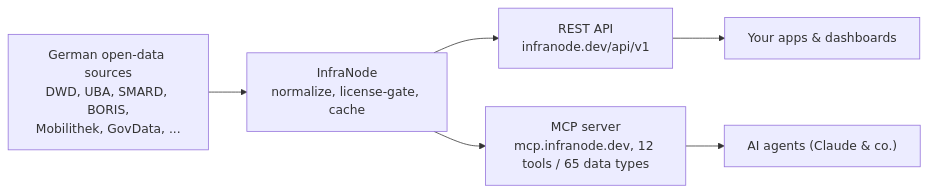
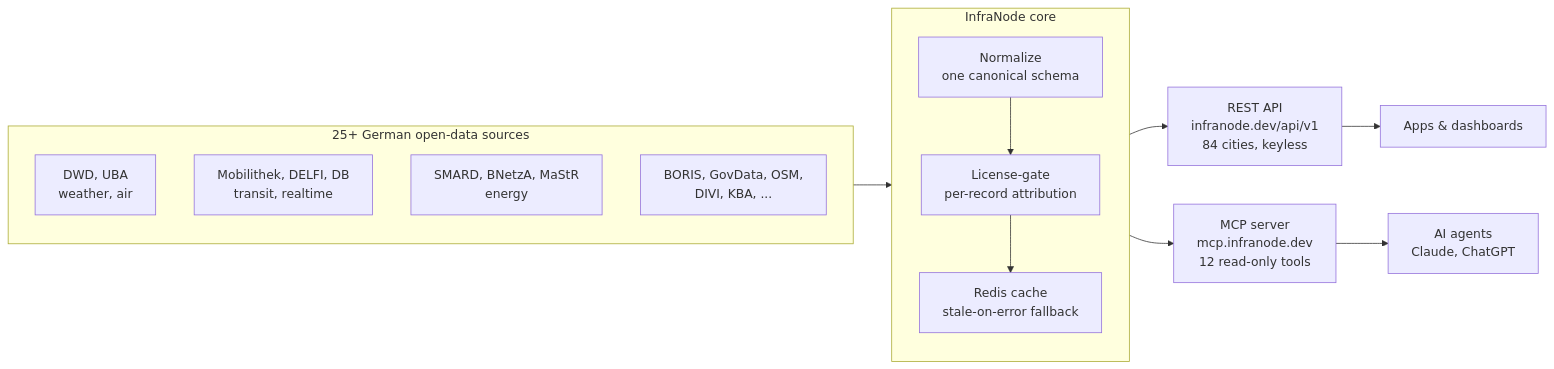
The diagram in README.md (street1983nk/infranode), drawn with Mermaid before and after one commit. The commit also changed other lines of this file, not shown here.

Commit message:
docs(readme): Screenshot (Koeln Live-Overview) + aufgewertetes Architektur-Diagramm
Neuer Abschnitt "See it in action" mit dem Live-Dashboard-Screenshot (klickbar,
per absoluter infranode.dev-URL) und ein aussagekraeftigeres Mermaid-Diagramm
(Quellen nach Domaene, Kern-Pipeline Normalize/License-gate/Cache, REST + MCP).

````diff
--- a/README.md
+++ b/README.md
@@ -31,8 +45,21 @@
 ```mermaid
 flowchart LR
-    SRC["German open-data sources<br/>DWD, UBA, SMARD, BORIS,<br/>Mobilithek, GovData, ..."] --> CORE["InfraNode<br/>normalize, license-gate, cache"]
-    CORE --> API["REST API<br/>infranode.dev/api/v1"]
-    CORE --> MCP["MCP server<br/>mcp.infranode.dev, 12 tools / 65 data types"]
-    API --> APPS["Your apps &amp; dashboards"]
-    MCP --> AGENTS["AI agents (Claude &amp; co.)"]
+    subgraph SRC["25+ German open-data sources"]
+        direction TB
+        S1["DWD, UBA<br/>weather, air"]
+        S2["Mobilithek, DELFI, DB<br/>transit, realtime"]
+        S3["SMARD, BNetzA, MaStR<br/>energy"]
+        S4["BORIS, GovData, OSM,<br/>DIVI, KBA, ..."]
+    end
+
+    subgraph CORE["InfraNode core"]
+        direction TB
+        N["Normalize<br/>one canonical schema"] --> L["License-gate<br/>per-record attribution"] --> C["Redis cache<br/>stale-on-error fallback"]
+    end
+
+    SRC --> CORE
+    CORE --> API["REST API<br/>infranode.dev/api/v1<br/>84 cities, keyless"]
+    CORE --> MCP["MCP server<br/>mcp.infranode.dev<br/>12 read-only tools"]
+    API --> APPS["Apps &amp; dashboards"]
+    MCP --> AGENTS["AI agents<br/>Claude, ChatGPT"]
 ```
````
